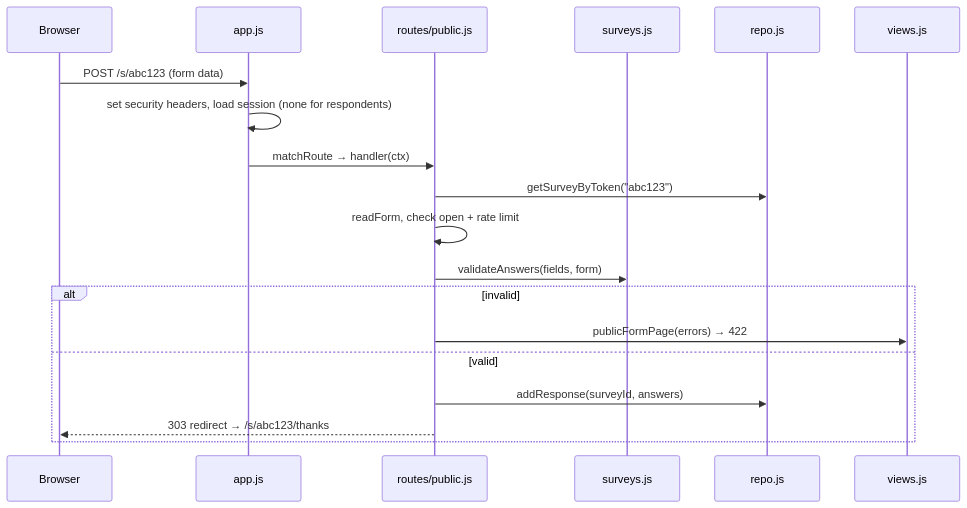
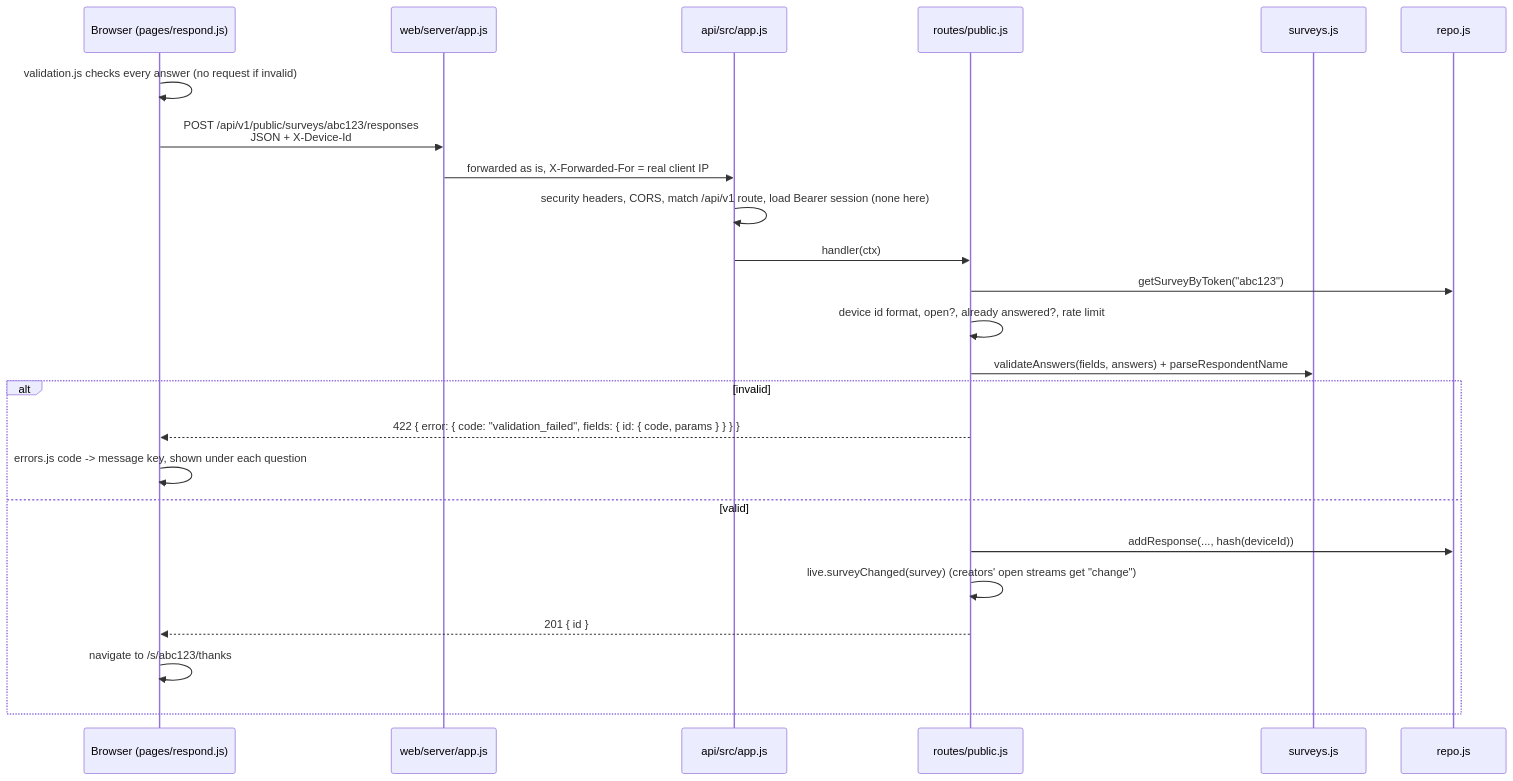
One commit to yendri404/survery changed the first of 3 diagrams in CODE_GUIDE.md. Above: the diagram before and after it, drawn with Mermaid. The commit also changed other lines of this file and 3 other files, not shown here.

Commit message:
docs: describe the API and web client split in README and CODE_GUIDE

````diff
--- a/CODE_GUIDE.md
+++ b/CODE_GUIDE.md
@@ -78,22 +116,27 @@
 ```mermaid
 sequenceDiagram
-    participant B as Browser
-    participant A as app.js
+    participant B as Browser (pages/respond.js)
+    participant W as web/server/app.js
+    participant A as api/src/app.js
     participant R as routes/public.js
     participant D as surveys.js
     participant P as repo.js
-    participant V as views.js
 
-    B->>A: POST /s/abc123 (form data)
-    A->>A: set security headers, load session (none for respondents)
-    A->>R: matchRoute → handler(ctx)
+    B->>B: validation.js checks every answer (no request if invalid)
+    B->>W: POST /api/v1/public/surveys/abc123/responses<br/>JSON + X-Device-Id
+    W->>A: forwarded as is, X-Forwarded-For = real client IP
+    A->>A: security headers, CORS, match /api/v1 route, load Bearer session (none here)
+    A->>R: handler(ctx)
     R->>P: getSurveyByToken("abc123")
-    R->>R: readForm, check open + rate limit
-    R->>D: validateAnswers(fields, form)
+    R->>R: device id format, open?, already answered?, rate limit
+    R->>D: validateAnswers(fields, answers) + parseRespondentName
     alt invalid
-        R->>V: publicFormPage(errors)  → 422
+        R-->>B: 422 { error: { code: "validation_failed", fields: { id: { code, params } } } }
+        B->>B: errors.js code -> message key, shown under each question
     else valid
-        R->>P: addResponse(surveyId, answers)
-        R-->>B: 303 redirect → /s/abc123/thanks
+        R->>P: addResponse(..., hash(deviceId))
+        R->>R: live.surveyChanged(survey)  (creators' open streams get "change")
+        R-->>B: 201 { id }
+        B->>B: navigate to /s/abc123/thanks
     end
 ```
````
